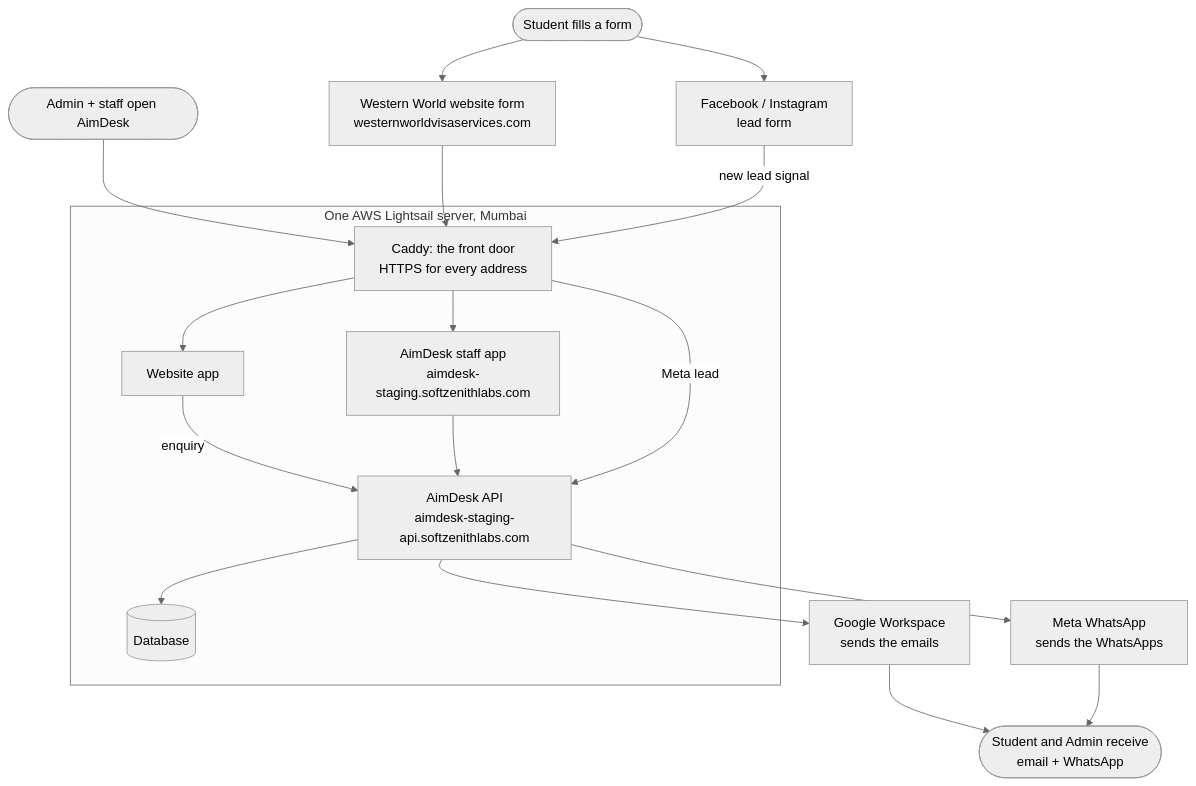
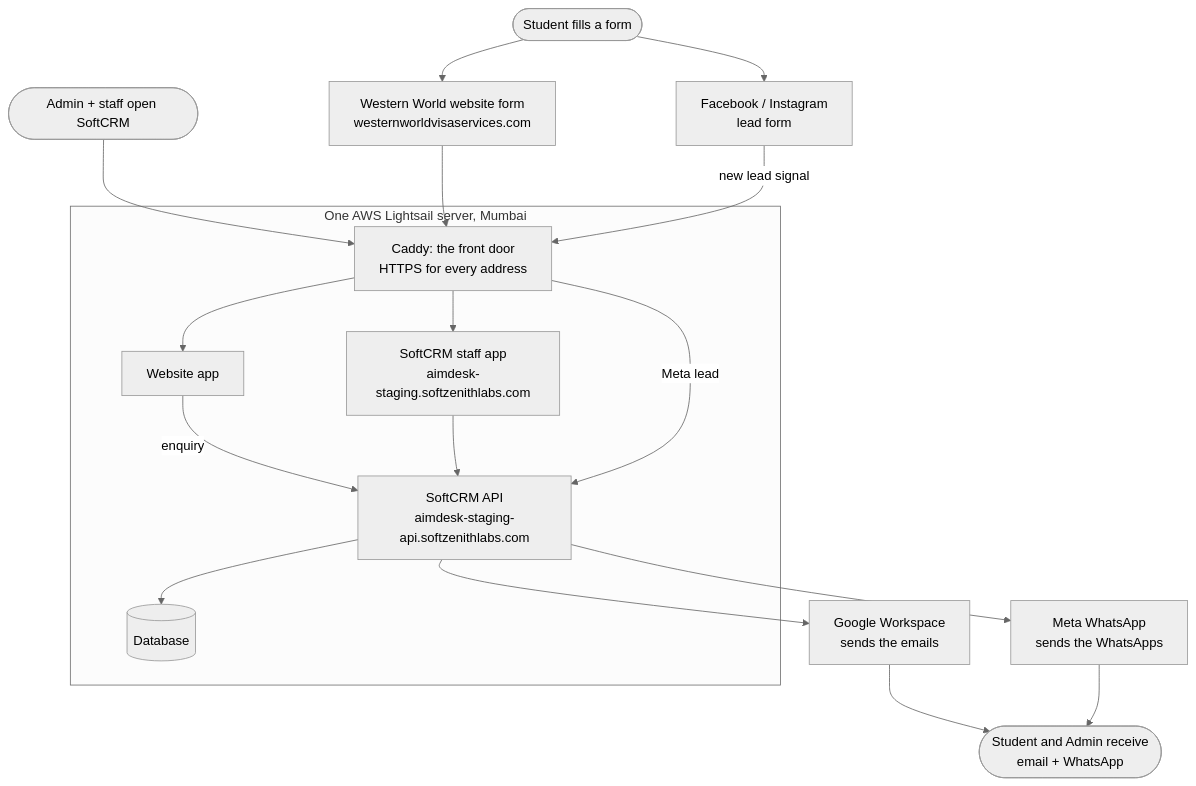
Before and after one commit to softzenith-projects/softzenith-crm: the first of 5 diagrams in docs/go-live.md, drawn with Mermaid (neutral theme). The commit also changed other lines of this file and 45 other files, not shown here.

First line of the commit message:
feat: Admin-only businesses (ADMIN1), sign-in 400 fix, SoftCRM name, client setup form

````diff
--- a/docs/go-live.md
+++ b/docs/go-live.md
@@ -50,28 +50,28 @@
 ```mermaid
 flowchart TB
     student(["Student fills a form"])
-    admin(["Admin + staff open AimDesk"])
+    admin(["Admin + staff open SoftCRM"])
     site["Western World website form<br/>westernworldvisaservices.com"]
     fb["Facebook / Instagram<br/>lead form"]
     subgraph server["One AWS Lightsail server, Mumbai"]
         caddy["Caddy: the front door<br/>HTTPS for every address"]
         webapp["Website app"]
-        staff["AimDesk staff app<br/>aimdesk-staging.softzenithlabs.com"]
-        api["AimDesk API<br/>aimdesk-staging-api.softzenithlabs.com"]
+        staff["SoftCRM staff app<br/>aimdesk-staging.softzenithlabs.com"]
+        api["SoftCRM API<br/>aimdesk-staging-api.softzenithlabs.com"]
         db[("Database")]
     end
     gmail["Google Workspace<br/>sends the emails"]
     wa["Meta WhatsApp<br/>sends the WhatsApps"]
     out(["Student and Admin receive<br/>email + WhatsApp"])
     student --> site
     student --> fb
     admin --> caddy
     site --> caddy
     fb -->|new lead signal| caddy
     caddy --> webapp -->|enquiry| api
     caddy --> staff --> api
     caddy -->|Meta lead| api
     api --> db
     api --> gmail --> out
     api --> wa --> out
 ```
````
